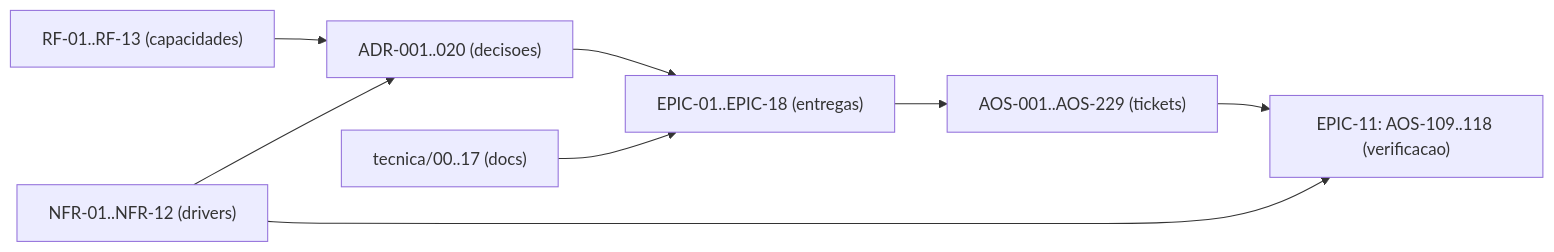
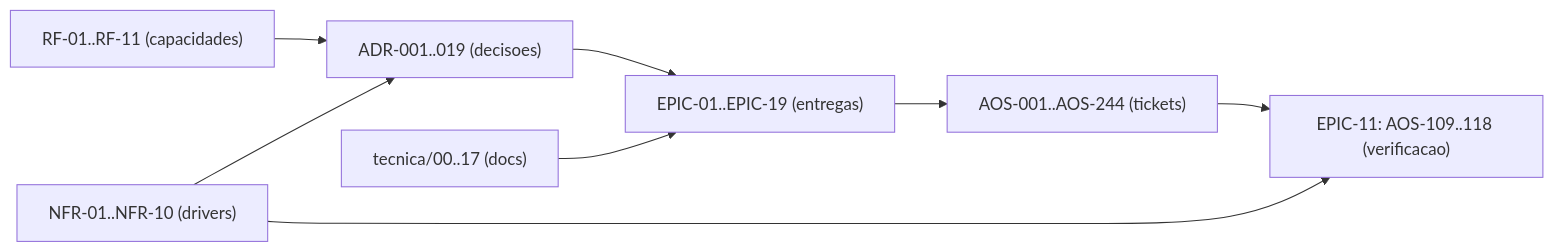
The diagram in tecnica/16_Rastreabilidade_RTM.md (albinoJimy/aos), drawn with Mermaid before and after one commit. The commit also changed other lines of this file and 12 other files, not shown here.

First line of the commit message:
feat(EPIC-19): vaga 1 — PlanDocument (AOS-230) + domínio de eventos aos.planner.v1 (AOS-235)

````diff
--- a/tecnica/16_Rastreabilidade_RTM.md
+++ b/tecnica/16_Rastreabilidade_RTM.md
@@ -176,10 +172,10 @@
 ```mermaid
 flowchart LR
-    RF["RF-01..RF-13 (capacidades)"] --> ADR["ADR-001..020 (decisoes)"]
-    NFR["NFR-01..NFR-12 (drivers)"] --> ADR
-    ADR --> EPIC["EPIC-01..EPIC-18 (entregas)"]
-    EPIC --> TICK["AOS-001..AOS-229 (tickets)"]
+    RF["RF-01..RF-11 (capacidades)"] --> ADR["ADR-001..019 (decisoes)"]
+    NFR["NFR-01..NFR-10 (drivers)"] --> ADR
+    ADR --> EPIC["EPIC-01..EPIC-19 (entregas)"]
+    EPIC --> TICK["AOS-001..AOS-244 (tickets)"]
     DOC["tecnica/00..17 (docs)"] --> EPIC
     TICK --> TEST["EPIC-11: AOS-109..118 (verificacao)"]
     NFR --> TEST
 ```
````
